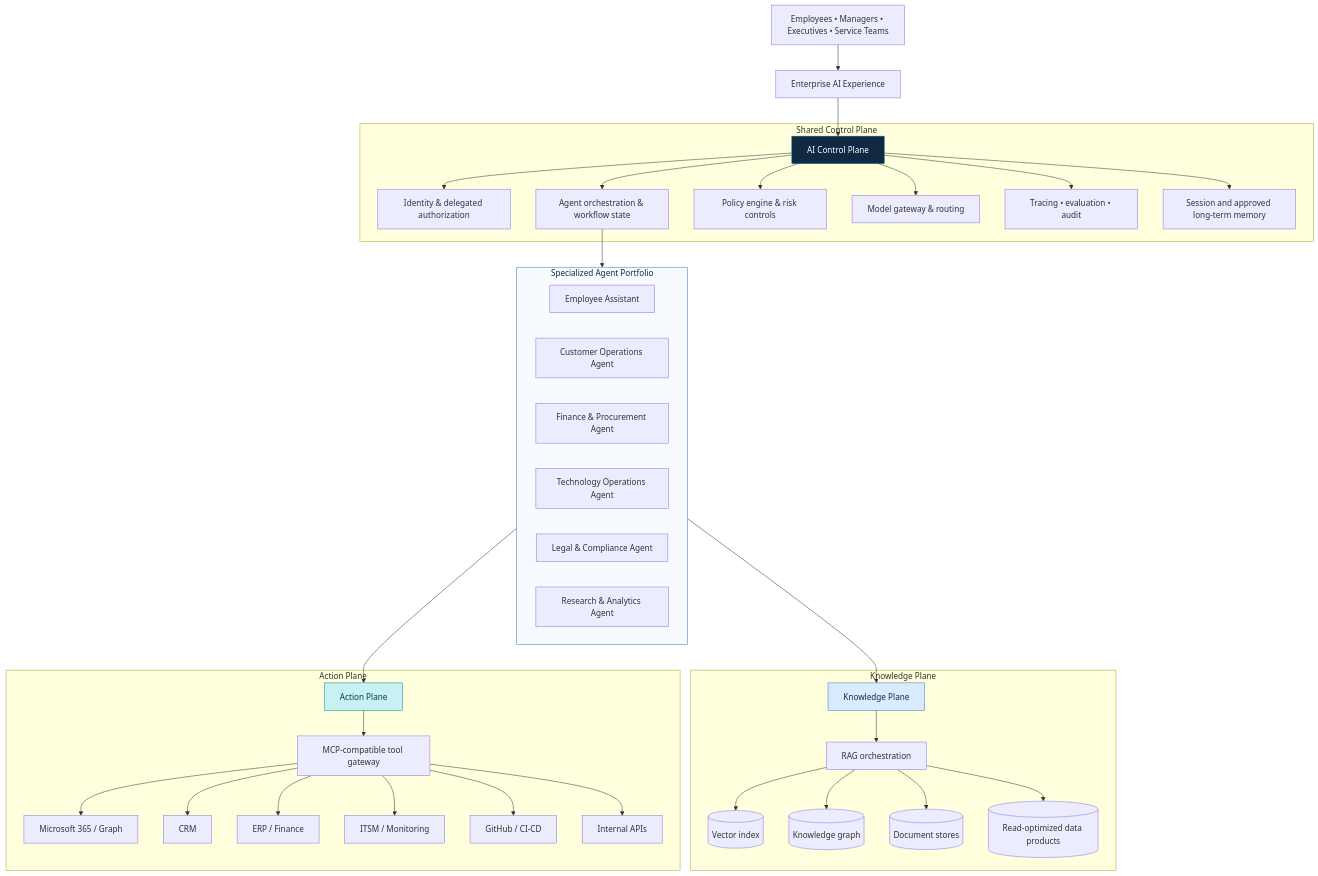
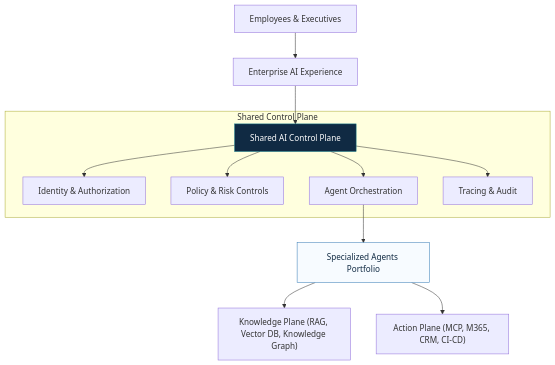
Before and after one commit to SawabS/temp: the second of 4 diagrams in jpmorgan_enterprise_ai_cto_brief.md, drawn with Mermaid. The commit also changed other lines of this file, not shown here.

````diff
--- a/jpmorgan_enterprise_ai_cto_brief.md
+++ b/jpmorgan_enterprise_ai_cto_brief.md
@@ -87,52 +53,20 @@
 ```mermaid
 flowchart TB
-    U["Employees • Managers • Executives • Service Teams"] --> X["Enterprise AI Experience"]
-
-    X --> CP["AI Control Plane"]
+    U["Employees & Executives"] --> X["Enterprise AI Experience"]
+    X --> CP["Shared AI Control Plane"]
 
     subgraph CONTROL["Shared Control Plane"]
-        CP --> ID["Identity & delegated authorization"]
-        CP --> ORCH["Agent orchestration & workflow state"]
-        CP --> POL["Policy engine & risk controls"]
-        CP --> MOD["Model gateway & routing"]
-        CP --> OBS["Tracing • evaluation • audit"]
-        CP --> MEM["Session and approved long-term memory"]
+        CP --> ID["Identity & Authorization"]
+        CP --> POL["Policy & Risk Controls"]
+        CP --> ORCH["Agent Orchestration"]
+        CP --> OBS["Tracing & Audit"]
     end
 
-    ORCH --> AGENTS
+    ORCH --> AGENTS["Specialized Agents Portfolio"]
 
-    subgraph AGENTS["Specialized Agent Portfolio"]
-        A1["Employee Assistant"]
-        A2["Customer Operations Agent"]
-        A3["Finance & Procurement Agent"]
-        A4["Technology Operations Agent"]
-        A5["Legal & Compliance Agent"]
-        A6["Research & Analytics Agent"]
-    end
-
-    AGENTS --> K["Knowledge Plane"]
-    AGENTS --> T["Action Plane"]
-
-    subgraph KNOWLEDGE["Knowledge Plane"]
-        K --> RAG["RAG orchestration"]
-        RAG --> VDB[("Vector index")]
-        RAG --> KG[("Knowledge graph")]
-        RAG --> DOC[("Document stores")]
-        RAG --> SQLR[("Read-optimized data products")]
-    end
-
-    subgraph ACTION["Action Plane"]
-        T --> MCP["MCP-compatible tool gateway"]
-        MCP --> M365["Microsoft 365 / Graph"]
-        MCP --> CRM["CRM"]
-        MCP --> ERP["ERP / Finance"]
-        MCP --> ITSM["ITSM / Monitoring"]
-        MCP --> DEV["GitHub / CI-CD"]
-        MCP --> API["Internal APIs"]
-    end
+    AGENTS --> K["Knowledge Plane (RAG, Vector DB, Knowledge Graph)"]
+    AGENTS --> T["Action Plane (MCP, M365, CRM, CI-CD)"]
 
     style CP fill:#102a43,stroke:#0b7285,color:#fff
     style AGENTS fill:#f7fbff,stroke:#367bb5,color:#102a43
-    style K fill:#d9ecff,stroke:#367bb5,color:#102a43
-    style T fill:#c8f1f3,stroke:#16838c,color:#073b4c
 ```
````
